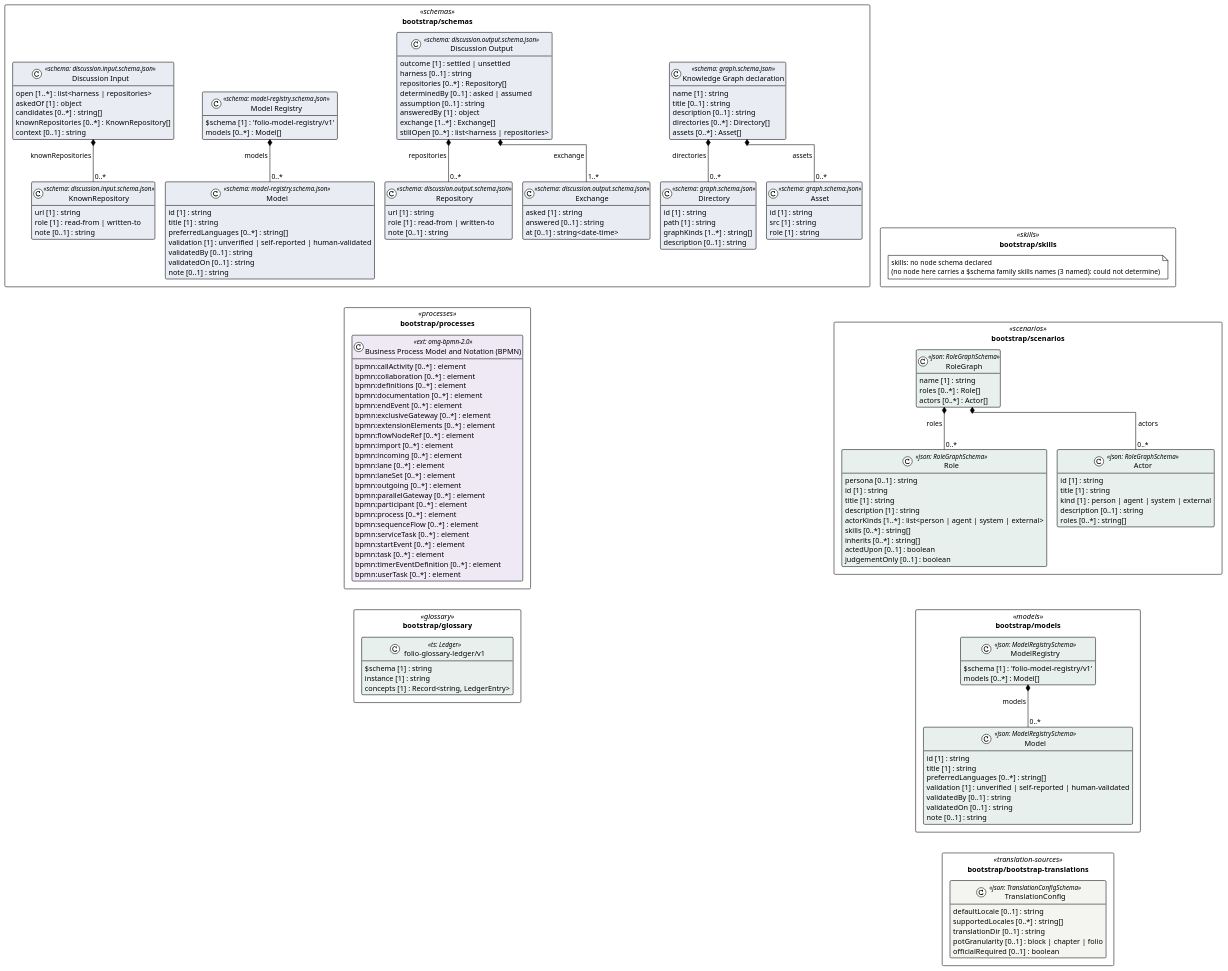
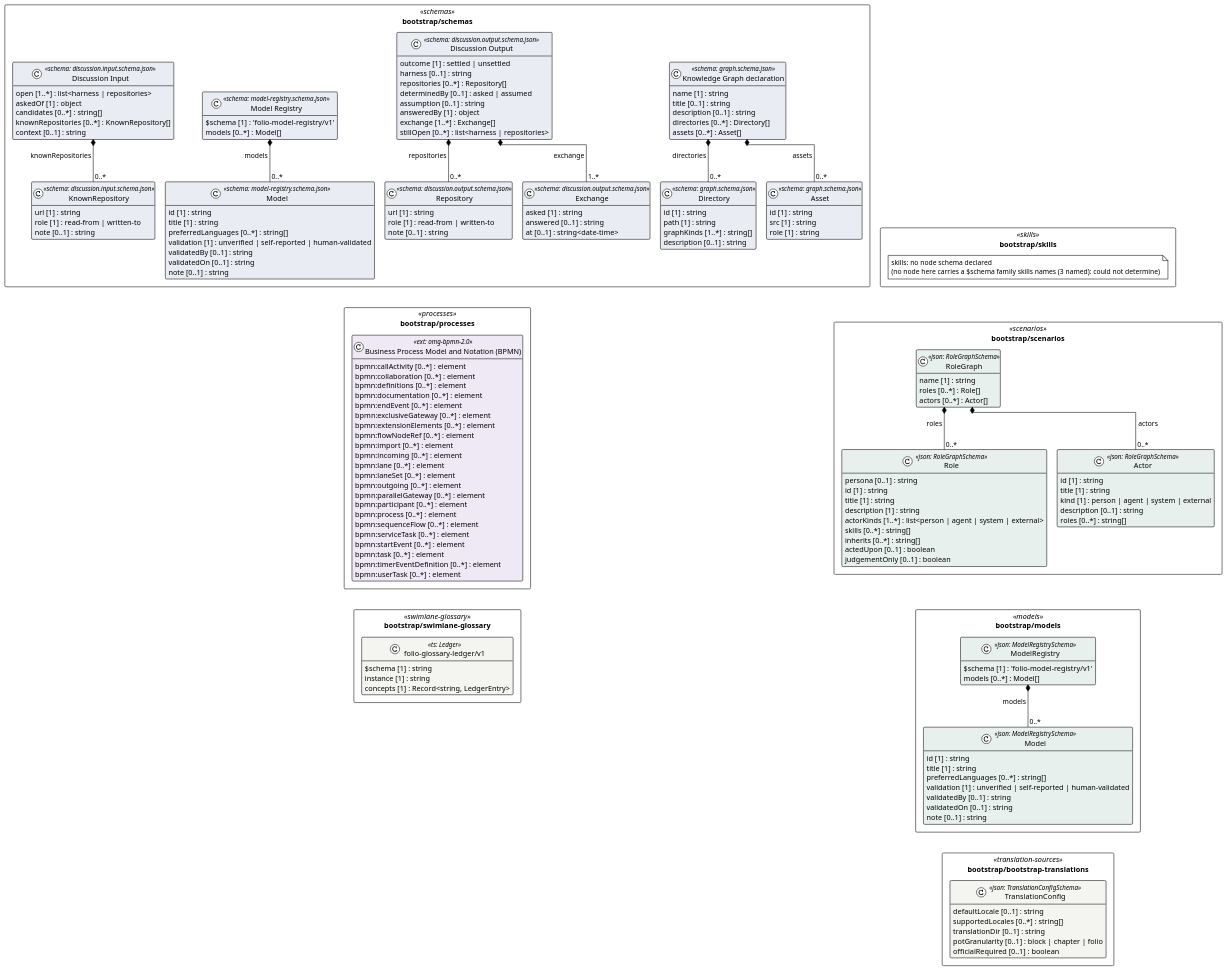
One commit to litlfred/folio-assistant changed the diagram in cat-harness/uml/overview/bootstrap.puml. Above: the diagram before and after it, drawn with PlantUML. The commit also changed 20 other files, not shown here.

```diff
--- a/cat-harness/uml/overview/bootstrap.puml
+++ b/cat-harness/uml/overview/bootstrap.puml
@@ -3,175 +3,175 @@
 @startuml bootstrap
 !pragma layout elk
 !theme plain
 skinparam classAttributeIconSize 0
 skinparam shadowing false
 skinparam packageStyle rectangle
 hide empty methods
 
 package "bootstrap/skills" as pkg_bootstrap_skills <<skills>> {
   note "skills: no node schema declared\n(no node here carries a $schema family skills names (3 named): could not determine)" as n_bootstrap_skills_skills
 }
 package "bootstrap/schemas" as pkg_bootstrap_schemas <<schemas>> {
   class "KnownRepository" as bootstrap_schemas_discussion_input_schema_json_KnownRepository <<schema: discussion.input.schema.json>> #e9edf3 {
     url [1] : string
     role [1] : read-from | written-to
     note [0..1] : string
   }
   class "Discussion Input" as bootstrap_schemas_discussion_input_schema_json_Discussion_Input <<schema: discussion.input.schema.json>> #e9edf3 {
     open [1..*] : list<harness | repositories>
     askedOf [1] : object
     candidates [0..*] : string[]
     knownRepositories [0..*] : KnownRepository[]
     context [0..1] : string
   }
   class "Repository" as bootstrap_schemas_discussion_output_schema_json_Repository <<schema: discussion.output.schema.json>> #e9edf3 {
     url [1] : string
     role [1] : read-from | written-to
     note [0..1] : string
   }
   class "Exchange" as bootstrap_schemas_discussion_output_schema_json_Exchange <<schema: discussion.output.schema.json>> #e9edf3 {
     asked [1] : string
     answered [0..1] : string
     at [0..1] : string<date-time>
   }
   class "Discussion Output" as bootstrap_schemas_discussion_output_schema_json_Discussion_Output <<schema: discussion.output.schema.json>> #e9edf3 {
     outcome [1] : settled | unsettled
     harness [0..1] : string
     repositories [0..*] : Repository[]
     determinedBy [0..1] : asked | assumed
     assumption [0..1] : string
     answeredBy [1] : object
     exchange [1..*] : Exchange[]
     stillOpen [0..*] : list<harness | repositories>
   }
   class "Directory" as bootstrap_schemas_graph_schema_json_Directory <<schema: graph.schema.json>> #e9edf3 {
     id [1] : string
     path [1] : string
     graphKinds [1..*] : string[]
     description [0..1] : string
   }
   class "Asset" as bootstrap_schemas_graph_schema_json_Asset <<schema: graph.schema.json>> #e9edf3 {
     id [1] : string
     src [1] : string
     role [1] : string
   }
   class "Knowledge Graph declaration" as bootstrap_schemas_graph_schema_json_Knowledge_Graph_declaration <<schema: graph.schema.json>> #e9edf3 {
     name [1] : string
     title [0..1] : string
     description [0..1] : string
     directories [0..*] : Directory[]
     assets [0..*] : Asset[]
   }
   class "Model" as bootstrap_schemas_model_registry_schema_json_Model <<schema: model-registry.schema.json>> #e9edf3 {
     id [1] : string
     title [1] : string
     preferredLanguages [0..*] : string[]
     validation [1] : unverified | self-reported | human-validated
     validatedBy [0..1] : string
     validatedOn [0..1] : string
     note [0..1] : string
   }
   class "Model Registry" as bootstrap_schemas_model_registry_schema_json_Model_Registry <<schema: model-registry.schema.json>> #e9edf3 {
     $schema [1] : 'folio-model-registry/v1'
     models [0..*] : Model[]
   }
 }
 package "bootstrap/scenarios" as pkg_bootstrap_scenarios <<scenarios>> {
   class "Role" as bootstrap_scenarios_Role <<json: RoleGraphSchema>> #e8f0ee {
     persona [0..1] : string
     id [1] : string
     title [1] : string
     description [1] : string
     actorKinds [1..*] : list<person | agent | system | external>
     skills [0..*] : string[]
     inherits [0..*] : string[]
     actedUpon [0..1] : boolean
     judgementOnly [0..1] : boolean
   }
   class "Actor" as bootstrap_scenarios_Actor <<json: RoleGraphSchema>> #e8f0ee {
     id [1] : string
     title [1] : string
     kind [1] : person | agent | system | external
     description [0..1] : string
     roles [0..*] : string[]
   }
   class "RoleGraph" as bootstrap_scenarios_RoleGraph <<json: RoleGraphSchema>> #e8f0ee {
     name [1] : string
     roles [0..*] : Role[]
     actors [0..*] : Actor[]
   }
 }
 package "bootstrap/processes" as pkg_bootstrap_processes <<processes>> {
   class "Business Process Model and Notation (BPMN)" as bootstrap_processes_omg_bpmn_2_0 <<ext: omg-bpmn-2.0>> #eee9f5 {
     bpmn:callActivity [0..*] : element
     bpmn:collaboration [0..*] : element
     bpmn:definitions [0..*] : element
     bpmn:documentation [0..*] : element
     bpmn:endEvent [0..*] : element
     bpmn:exclusiveGateway [0..*] : element
     bpmn:extensionElements [0..*] : element
     bpmn:flowNodeRef [0..*] : element
     bpmn:import [0..*] : element
     bpmn:incoming [0..*] : element
     bpmn:lane [0..*] : element
     bpmn:laneSet [0..*] : element
     bpmn:outgoing [0..*] : element
     bpmn:parallelGateway [0..*] : element
     bpmn:participant [0..*] : element
     bpmn:process [0..*] : element
     bpmn:sequenceFlow [0..*] : element
     bpmn:serviceTask [0..*] : element
     bpmn:startEvent [0..*] : element
     bpmn:task [0..*] : element
     bpmn:timerEventDefinition [0..*] : element
     bpmn:userTask [0..*] : element
   }
 }
 package "bootstrap/models" as pkg_bootstrap_models <<models>> {
   class "Model" as bootstrap_models_Model <<json: ModelRegistrySchema>> #e8f0ee {
     id [1] : string
     title [1] : string
     preferredLanguages [0..*] : string[]
     validation [1] : unverified | self-reported | human-validated
     validatedBy [0..1] : string
     validatedOn [0..1] : string
     note [0..1] : string
   }
   class "ModelRegistry" as bootstrap_models_ModelRegistry <<json: ModelRegistrySchema>> #e8f0ee {
     $schema [1] : 'folio-model-registry/v1'
     models [0..*] : Model[]
   }
 }
-package "bootstrap/glossary" as pkg_bootstrap_glossary <<glossary>> {
-  class "folio-glossary-ledger/v1" as bootstrap_glossary_folio_glossary_ledger_v1 <<ts: Ledger>> #e8f0ee {
+package "bootstrap/swimlane-glossary" as pkg_bootstrap_swimlane_glossary <<swimlane-glossary>> {
+  class "folio-glossary-ledger/v1" as bootstrap_swimlane_glossary_folio_glossary_ledger_v1 <<ts: Ledger>> #f4f4f1 {
     $schema [1] : string
     instance [1] : string
     concepts [1] : Record<string, LedgerEntry>
   }
 }
 package "bootstrap/bootstrap-translations" as pkg_bootstrap_bootstrap_translations <<translation-sources>> {
   class "TranslationConfig" as bootstrap_bootstrap_translations_TranslationConfig <<json: TranslationConfigSchema>> #f4f4f1 {
     defaultLocale [0..1] : string
     supportedLocales [0..*] : string[]
     translationDir [0..1] : string
     potGranularity [0..1] : block | chapter | folio
     officialRequired [0..1] : boolean
   }
 }
 
 bootstrap_schemas_discussion_input_schema_json_Discussion_Input *-- "0..*" bootstrap_schemas_discussion_input_schema_json_KnownRepository : knownRepositories
 bootstrap_schemas_discussion_output_schema_json_Discussion_Output *-- "0..*" bootstrap_schemas_discussion_output_schema_json_Repository : repositories
 bootstrap_schemas_discussion_output_schema_json_Discussion_Output *-- "1..*" bootstrap_schemas_discussion_output_schema_json_Exchange : exchange
 bootstrap_schemas_graph_schema_json_Knowledge_Graph_declaration *-- "0..*" bootstrap_schemas_graph_schema_json_Directory : directories
 bootstrap_schemas_graph_schema_json_Knowledge_Graph_declaration *-- "0..*" bootstrap_schemas_graph_schema_json_Asset : assets
 bootstrap_schemas_model_registry_schema_json_Model_Registry *-- "0..*" bootstrap_schemas_model_registry_schema_json_Model : models
 bootstrap_scenarios_RoleGraph *-- "0..*" bootstrap_scenarios_Role : roles
 bootstrap_scenarios_RoleGraph *-- "0..*" bootstrap_scenarios_Actor : actors
 bootstrap_models_ModelRegistry *-- "0..*" bootstrap_models_Model : models
-' grid: portrait, 2 column(s) — pkg_bootstrap_skills pkg_bootstrap_schemas pkg_bootstrap_scenarios pkg_bootstrap_processes pkg_bootstrap_models pkg_bootstrap_glossary pkg_bootstrap_bootstrap_translations
+' grid: portrait, 2 column(s) — pkg_bootstrap_skills pkg_bootstrap_schemas pkg_bootstrap_scenarios pkg_bootstrap_processes pkg_bootstrap_models pkg_bootstrap_swimlane_glossary pkg_bootstrap_bootstrap_translations
 pkg_bootstrap_skills -[hidden]down- pkg_bootstrap_scenarios
 pkg_bootstrap_schemas -[hidden]down- pkg_bootstrap_processes
 pkg_bootstrap_scenarios -[hidden]down- pkg_bootstrap_models
-pkg_bootstrap_processes -[hidden]down- pkg_bootstrap_glossary
+pkg_bootstrap_processes -[hidden]down- pkg_bootstrap_swimlane_glossary
 pkg_bootstrap_models -[hidden]down- pkg_bootstrap_bootstrap_translations
 @enduml
```
